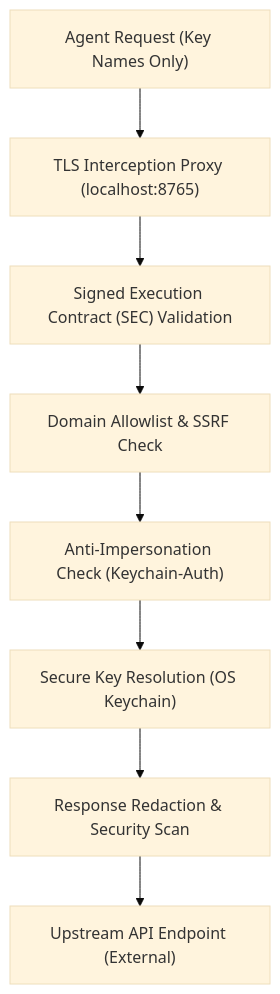
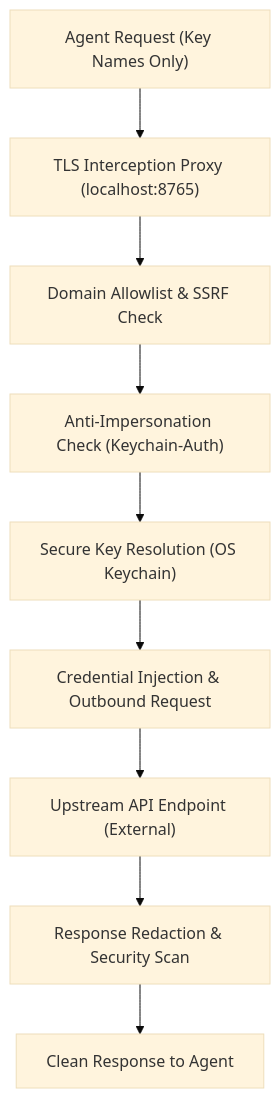
The diagram in src/content/docs/what-is-agentsecrets.md (The-17/agentsecrets-website), drawn with Mermaid (base theme) before and after one commit. The commit also changed other lines of this file and 26 other files, not shown here.

````diff
--- a/src/content/docs/what-is-agentsecrets.md
+++ b/src/content/docs/what-is-agentsecrets.md
@@ -49,10 +50,11 @@
 ```mermaid
 flowchart TD
     A["Agent Request (Key Names Only)"] --> B["TLS Interception Proxy (localhost:8765)"]
-    B --> C["Signed Execution Contract (SEC) Validation"]
-    C --> D["Domain Allowlist & SSRF Check"]
-    D --> E["Anti-Impersonation Check (Keychain-Auth)"]
-    E --> F["Secure Key Resolution (OS Keychain)"]
-    F --> G["Response Redaction & Security Scan"]
-    G --> H["Upstream API Endpoint (External)"]
+    B --> C["Domain Allowlist & SSRF Check"]
+    C --> D["Anti-Impersonation Check (Keychain-Auth)"]
+    D --> E["Secure Key Resolution (OS Keychain)"]
+    E --> F["Credential Injection & Outbound Request"]
+    F --> G["Upstream API Endpoint (External)"]
+    G --> H["Response Redaction & Security Scan"]
+    H --> I["Clean Response to Agent"]
 ```
````
